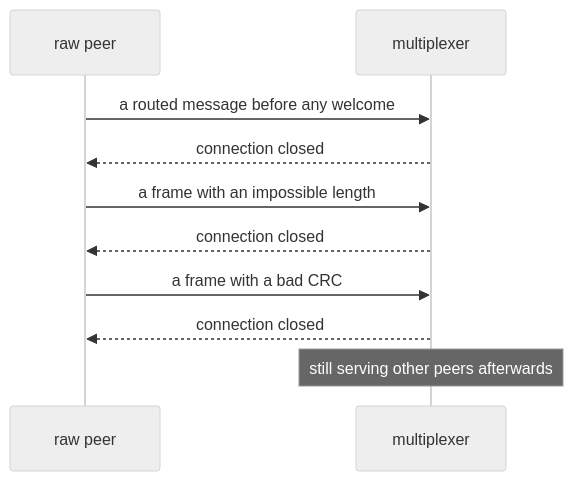
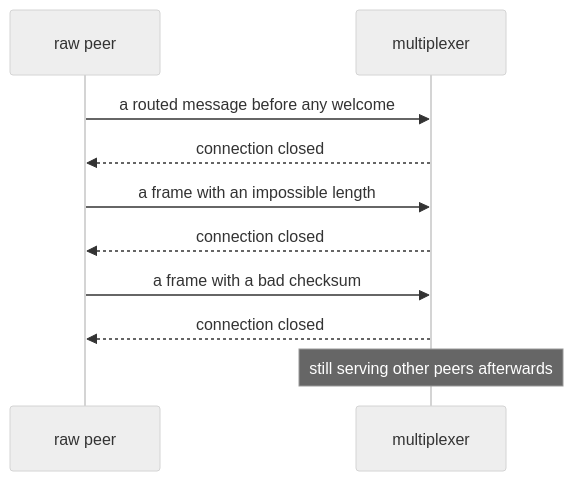
Before and after one commit to kulewski/multiplexer: the diagram in tests/scenarios/hostile_input/README.md, drawn with Mermaid (neutral theme). The commit also changed 48 other files, not shown here.

````diff
--- a/tests/scenarios/hostile_input/README.md
+++ b/tests/scenarios/hostile_input/README.md
@@ -12,12 +12,12 @@
 ```mermaid
 sequenceDiagram
     participant P as raw peer
     participant M as multiplexer
     P->>M: a routed message before any welcome
     M-->>P: connection closed
     P->>M: a frame with an impossible length
     M-->>P: connection closed
-    P->>M: a frame with a bad CRC
+    P->>M: a frame with a bad checksum
     M-->>P: connection closed
     Note over M: still serving other peers afterwards
 ```
````
